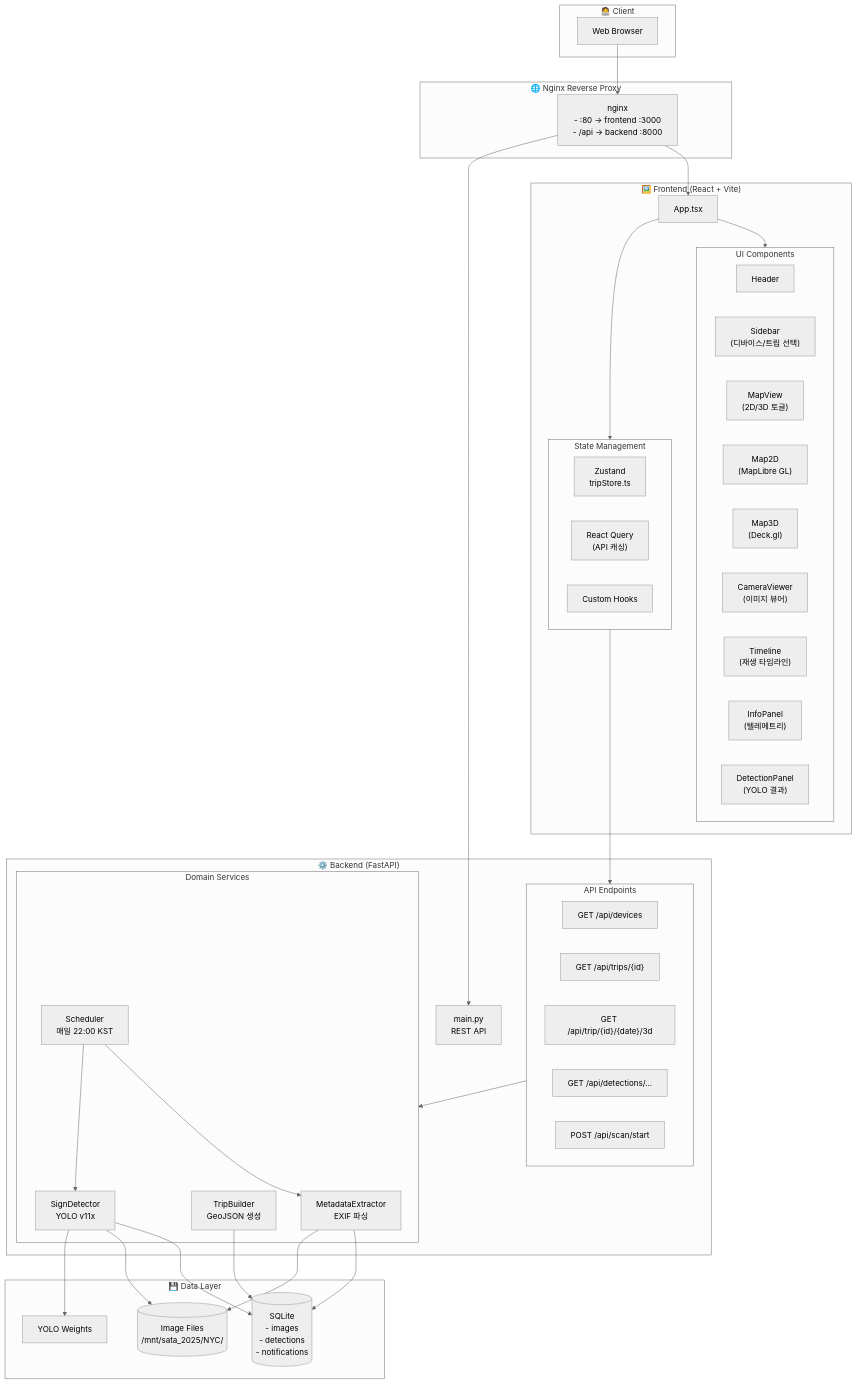
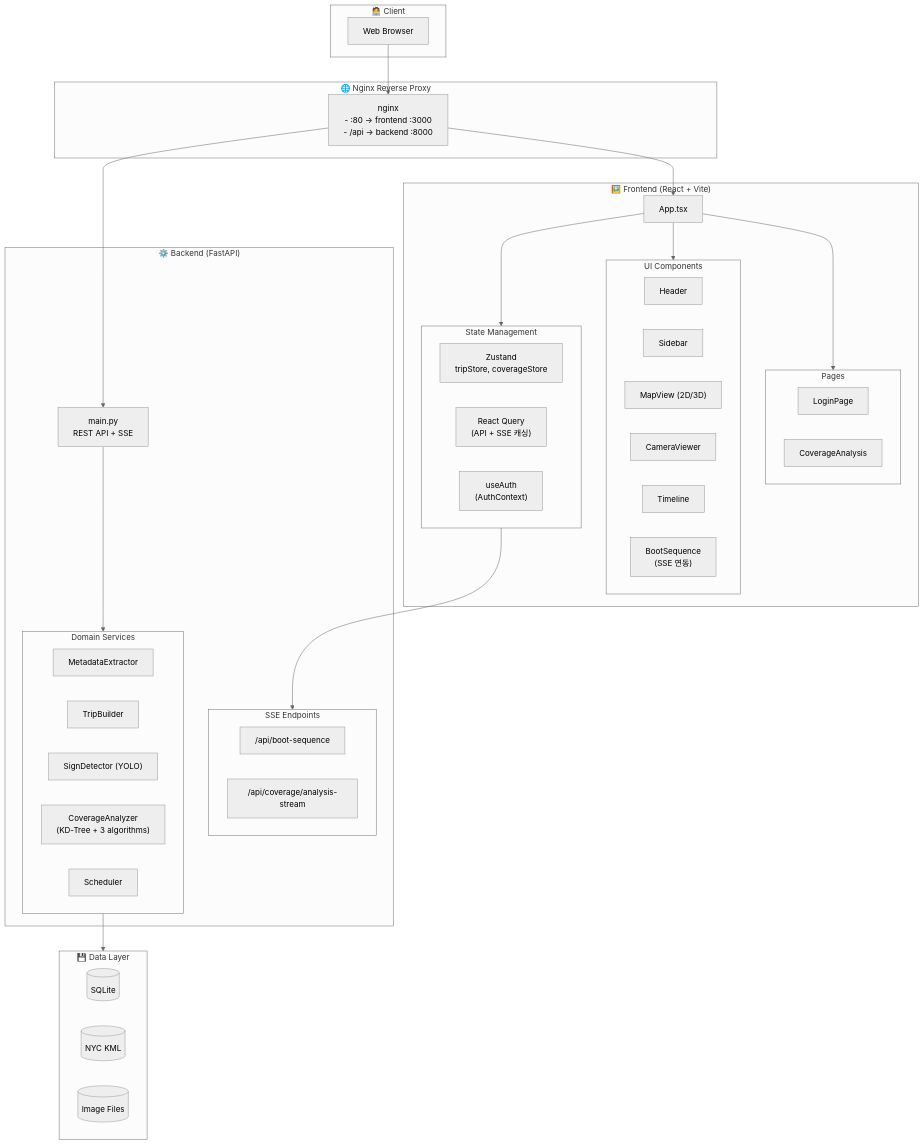
The sixth of 9 diagrams in README.md (dareesoft/nyc-vehicle-tracker), drawn with Mermaid (neutral theme) before and after one commit. The commit also changed other lines of this file and 8 other files, not shown here.

````diff
--- a/README.md
+++ b/README.md
@@ -144,73 +248,67 @@
 ```mermaid
 flowchart TB
     subgraph Client["🧑‍💻 Client"]
         BROWSER["Web Browser"]
     end
 
     subgraph NGINX["🌐 Nginx Reverse Proxy"]
         RP["nginx<br/>- :80 → frontend :3000<br/>- /api → backend :8000"]
     end
 
     subgraph FRONTEND["🖼️ Frontend (React + Vite)"]
         APP["App.tsx"]
         
+        subgraph PAGES["Pages"]
+            LOGIN["LoginPage"]
+            COVERAGE["CoverageAnalysis"]
+        end
+
         subgraph COMPONENTS["UI Components"]
             HEADER["Header"]
-            SIDEBAR["Sidebar<br/>(디바이스/트립 선택)"]
-            MAPVIEW["MapView<br/>(2D/3D 토글)"]
-            MAP2D["Map2D<br/>(MapLibre GL)"]
-            MAP3D["Map3D<br/>(Deck.gl)"]
-            CAMVIEW["CameraViewer<br/>(이미지 뷰어)"]
-            TIMELINE["Timeline<br/>(재생 타임라인)"]
-            INFOP["InfoPanel<br/>(텔레메트리)"]
-            DETP["DetectionPanel<br/>(YOLO 결과)"]
+            SIDEBAR["Sidebar"]
+            MAPVIEW["MapView (2D/3D)"]
+            CAMVIEW["CameraViewer"]
+            TIMELINE["Timeline"]
+            BOOT["BootSequence<br/>(SSE 연동)"]
         end
 
         subgraph STATE["State Management"]
-            ZUSTAND["Zustand<br/>tripStore.ts"]
-            RQ["React Query<br/>(API 캐싱)"]
-            HOOKS["Custom Hooks"]
+            ZUSTAND["Zustand<br/>tripStore, coverageStore"]
+            RQ["React Query<br/>(API + SSE 캐싱)"]
+            AUTH["useAuth<br/>(AuthContext)"]
         end
     end
 
     subgraph BACKEND["⚙️ Backend (FastAPI)"]
-        MAIN["main.py<br/>REST API"]
+        MAIN["main.py<br/>REST API + SSE"]
 
-        subgraph API["API Endpoints"]
-            EP1["GET /api/devices"]
-            EP2["GET /api/trips/{id}"]
-            EP3["GET /api/trip/{id}/{date}/3d"]
-            EP4["GET /api/detections/..."]
-            EP5["POST /api/scan/start"]
+        subgraph SSE_EP["SSE Endpoints"]
+            BOOT_SSE["/api/boot-sequence"]
+            COV_SSE["/api/coverage/analysis-stream"]
         end
 
         subgraph SERVICES["Domain Services"]
-            META["MetadataExtractor<br/>EXIF 파싱"]
-            TRIPB["TripBuilder<br/>GeoJSON 생성"]
-            SIGNDET["SignDetector<br/>YOLO v11x"]
-            SCHED["Scheduler<br/>매일 22:00 KST"]
+            META["MetadataExtractor"]
+            TRIPB["TripBuilder"]
+            SIGNDET["SignDetector (YOLO)"]
+            COVANA["CoverageAnalyzer<br/>(KD-Tree + 3 algorithms)"]
+            SCHED["Scheduler"]
         end
     end
 
     subgraph DATA["💾 Data Layer"]
-        DB[("SQLite<br/>- images<br/>- detections<br/>- notifications")]
-        FS[("Image Files<br/>/mnt/sata_2025/NYC/")]
-        WEIGHTS["YOLO Weights"]
+        DB[("SQLite")]
+        KML[("NYC KML")]
+        FS[("Image Files")]
     end
 
     BROWSER --> RP
     RP --> APP
     RP --> MAIN
+    APP --> PAGES
     APP --> COMPONENTS
     APP --> STATE
-    STATE --> API
-    API --> SERVICES
-    META --> DB
-    META --> FS
-    TRIPB --> DB
-    SIGNDET --> DB
-    SIGNDET --> FS
-    SIGNDET --> WEIGHTS
-    SCHED --> META
-    SCHED --> SIGNDET
+    STATE --> SSE_EP
+    MAIN --> SERVICES
+    SERVICES --> DATA
 ```
````
